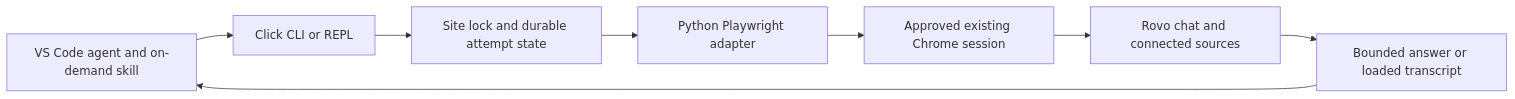
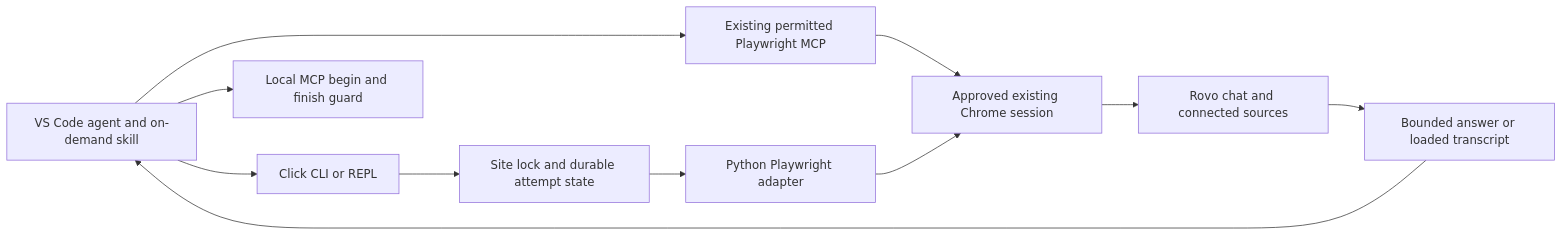
One commit to rm0nroe/rovo-relay changed the diagram in docs/ARCHITECTURE.md. Above: the diagram before and after it, drawn with Mermaid. The commit also changed other lines of this file and 16 other files, not shown here.

Commit message:
Add guarded Playwright MCP fallback to ask-rovo

````diff
--- a/docs/ARCHITECTURE.md
+++ b/docs/ARCHITECTURE.md
@@ -3,10 +3,13 @@
 ```mermaid
 flowchart LR
   A[VS Code agent and on-demand skill] --> B[Click CLI or REPL]
+  A --> H[Existing permitted Playwright MCP]
+  H --> E
+  A --> I[Local MCP begin and finish guard]
   B --> C[Site lock and durable attempt state]
   C --> D[Python Playwright adapter]
   D --> E[Approved existing Chrome session]
   E --> F[Rovo chat and connected sources]
   F --> G[Bounded answer or loaded transcript]
   G --> A
 ```
````
